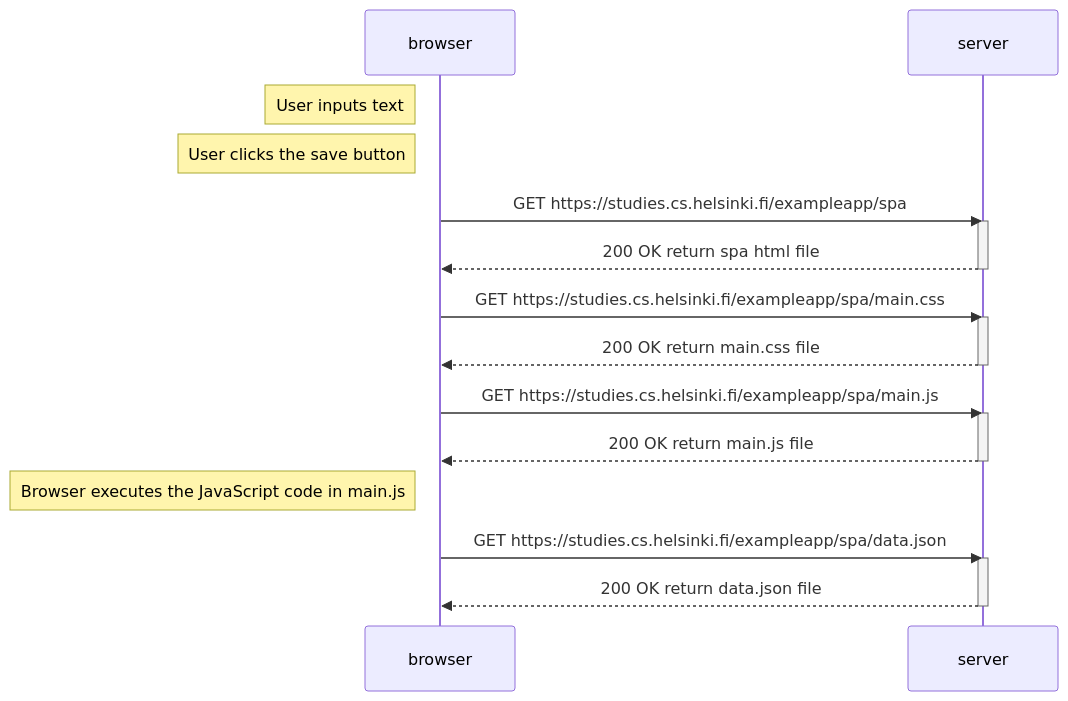
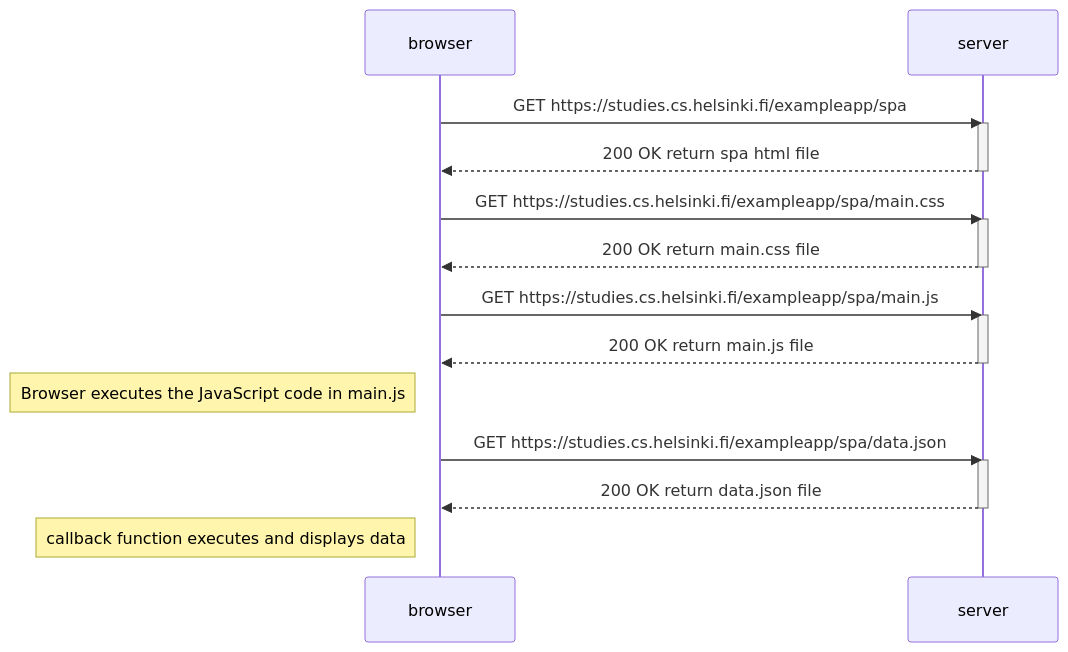
One commit to RandomWrecher/full_stack_open changed the diagram in part0/part0.5.md. Above: the diagram before and after it, drawn with Mermaid. The commit also changed 1 other file, not shown here.

Commit message:
completed 0.5 and 0.6

````diff
--- a/part0/part0.5.md
+++ b/part0/part0.5.md
@@ -1,29 +1,28 @@
 ```mermaid
 sequenceDiagram
     participant browser
     participant server
 
-    Note left of browser: User inputs text
-    Note left of browser: User clicks the save button
     browser->>server: GET https://studies.cs.helsinki.fi/exampleapp/spa
     activate server
     server-->>browser: 200 OK return spa html file
     deactivate server
 
     browser->>server: GET https://studies.cs.helsinki.fi/exampleapp/spa/main.css
     activate server
     server-->>browser: 200 OK return main.css file
     deactivate server
 
     browser->>server: GET https://studies.cs.helsinki.fi/exampleapp/spa/main.js
     activate server
     server-->>browser: 200 OK return main.js file
     deactivate server
 
-    Note left of browser: Browser executes the JavaScript code in main.js
+    Note left of browser: Browser executes the JavaScript code in  main.js
 
     browser->>server: GET https://studies.cs.helsinki.fi/exampleapp/spa/data.json
     activate server
     server-->>browser: 200 OK return data.json file
     deactivate server
+    Note left of browser: callback function executes and displays data
 ```
````
